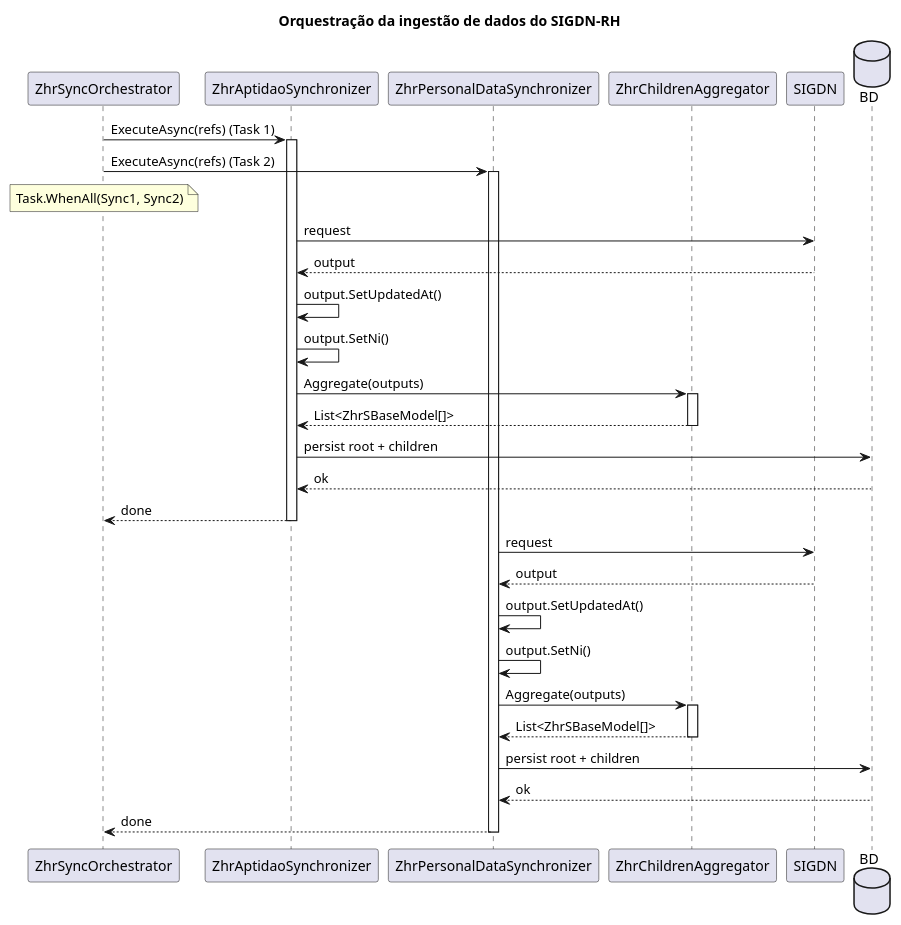
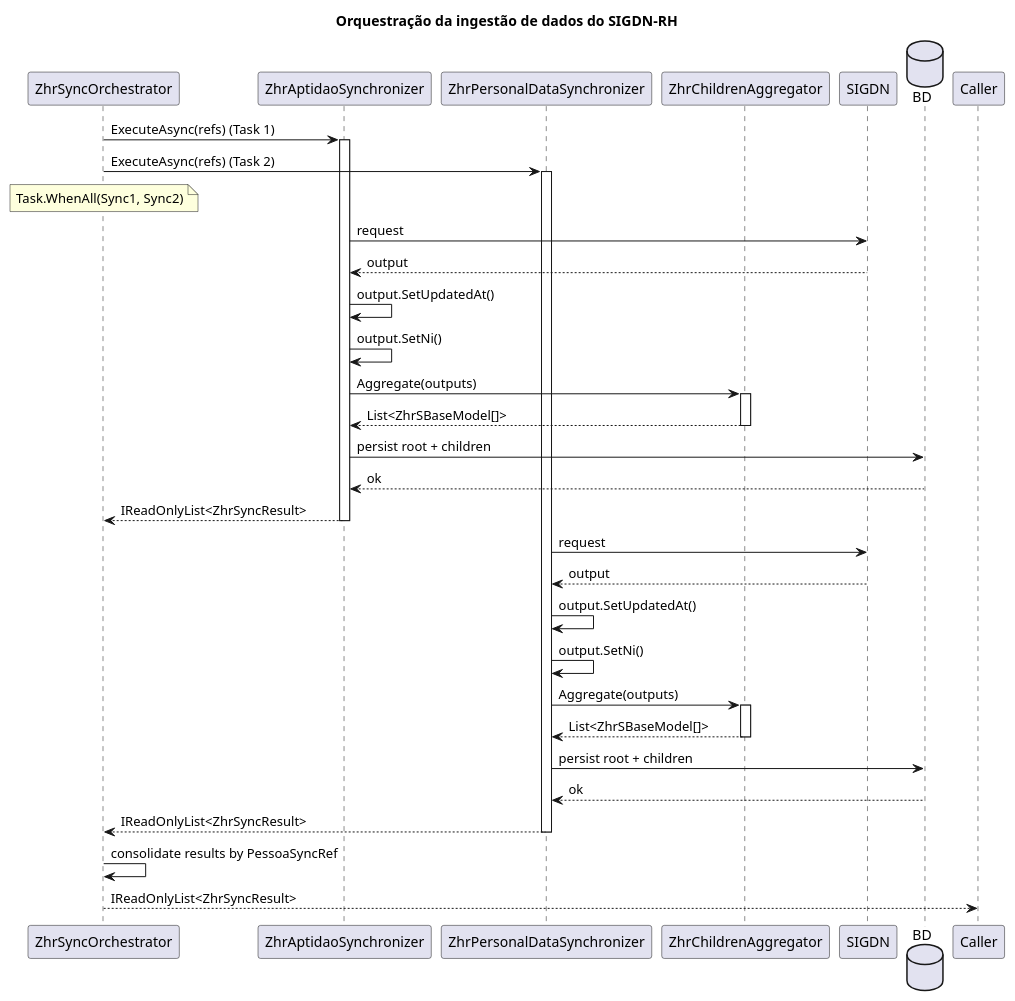
The second of 2 diagrams in docs/adr/ADR-002-sync-orchestration-strategy.md (Raimundo82/pessoas-integracao), drawn with PlantUML before and after one commit. The commit also changed other lines of this file, not shown here.

Commit message:
docs: update ADR-002 to include synchronization result strategy and refine diagrams

````diff
--- a/docs/adr/ADR-002-sync-orchestration-strategy.md
+++ b/docs/adr/ADR-002-sync-orchestration-strategy.md
@@ -114,56 +144,59 @@
 ```plantuml
 @startuml Sequência
 
 title Orquestração da ingestão de dados do SIGDN-RH
 
 participant ZhrSyncOrchestrator as Orchestrator
 participant "ZhrAptidaoSynchronizer" as Sync1
 participant "ZhrPersonalDataSynchronizer" as Sync2
 participant ZhrChildrenAggregator as Aggregator
 participant SIGDN
 database BD
 
 Orchestrator -> Sync1: ExecuteAsync(refs) (Task 1)
 activate Sync1
 
 Orchestrator -> Sync2: ExecuteAsync(refs) (Task 2)
 activate Sync2
 
 note over Orchestrator: Task.WhenAll(Sync1, Sync2)
 
 Sync1 -> SIGDN: request
 SIGDN --> Sync1: output
 
 Sync1 -> Sync1: output.SetUpdatedAt()
 Sync1 -> Sync1: output.SetNi()
 
 Sync1 -> Aggregator: Aggregate(outputs)
 activate Aggregator
 Aggregator --> Sync1: List<ZhrSBaseModel[]>
 deactivate Aggregator
 
 Sync1 -> BD: persist root + children
 BD --> Sync1: ok
 
-Sync1 --> Orchestrator: done
+Sync1 --> Orchestrator: IReadOnlyList<ZhrSyncResult>
 deactivate Sync1
 
 Sync2 -> SIGDN: request
 SIGDN --> Sync2: output
 
 Sync2 -> Sync2: output.SetUpdatedAt()
 Sync2 -> Sync2: output.SetNi()
 
 Sync2 -> Aggregator: Aggregate(outputs)
 activate Aggregator
 Aggregator --> Sync2: List<ZhrSBaseModel[]>
 deactivate Aggregator
 
 Sync2 -> BD: persist root + children
 BD --> Sync2: ok
 
-Sync2 --> Orchestrator: done
+Sync2 --> Orchestrator: IReadOnlyList<ZhrSyncResult>
 deactivate Sync2
+
+Orchestrator -> Orchestrator: consolidate results by PessoaSyncRef
+Orchestrator --> Caller: IReadOnlyList<ZhrSyncResult>
 
 @enduml
 ```
````
